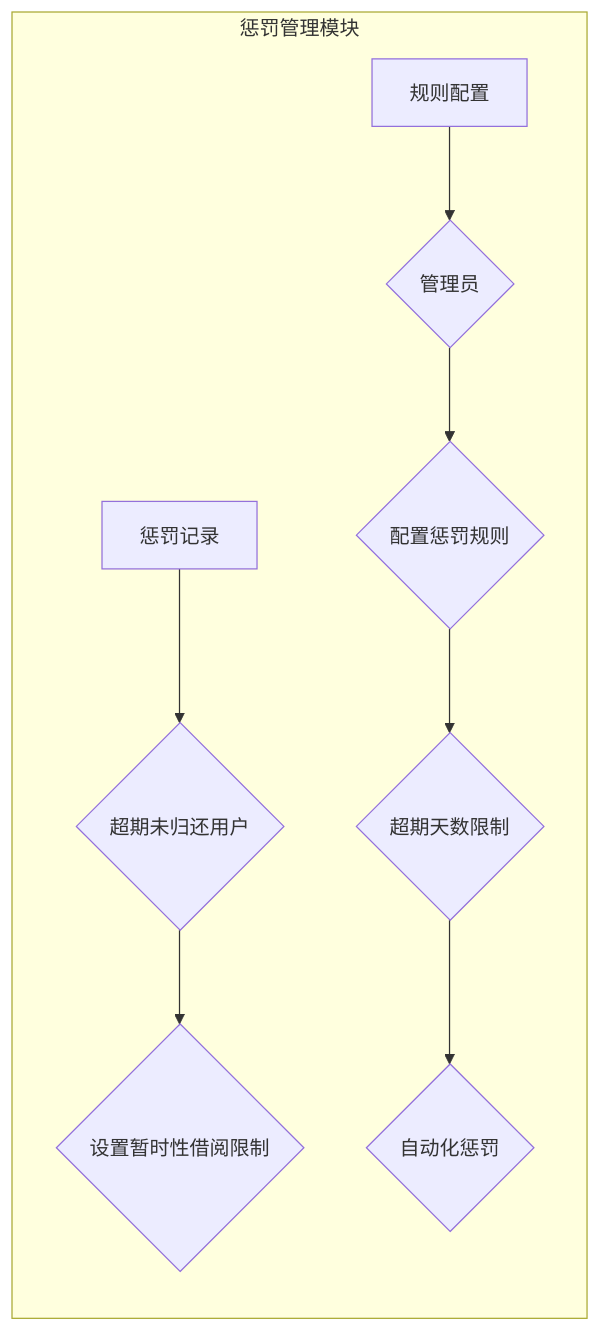
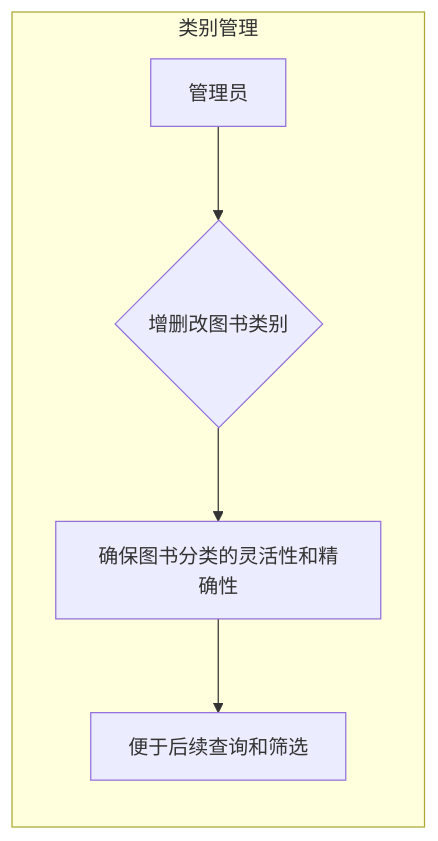
One commit to qianlong520/iodraw-files changed the diagram in all/未命名-3.md. Above: the diagram before and after it, drawn with Mermaid.

Commit message:
2024-11-04 14:06:48 update

````diff
--- a/all/未命名-3.md
+++ b/all/未命名-3.md
@@ -1,11 +1,8 @@
 ```mermaid
 graph LR
-    subgraph 惩罚管理模块
-        A[惩罚记录] --> B{超期未归还用户}
-        B --> C{设置暂时性借阅限制}
-        D[规则配置] --> E{管理员}
-        E --> F{配置惩罚规则}
-        F --> G{超期天数限制}
-        G --> H{自动化惩罚}
-    end
+  subgraph 类别管理
+    A[管理员] --> B{增删改图书类别}
+    B --> C[确保图书分类的灵活性和精确性]
+    C --> D[便于后续查询和筛选]
+  end
 ```
````
